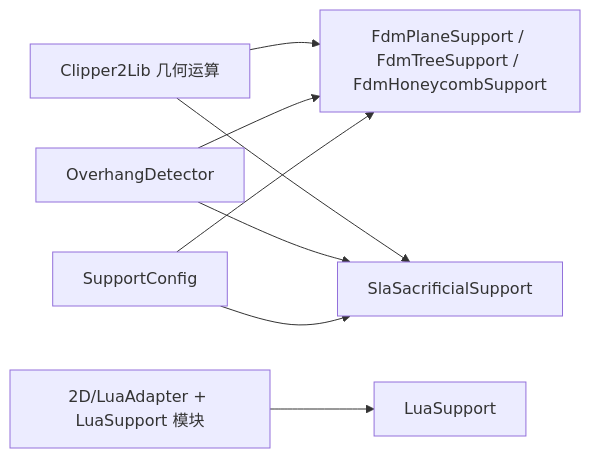
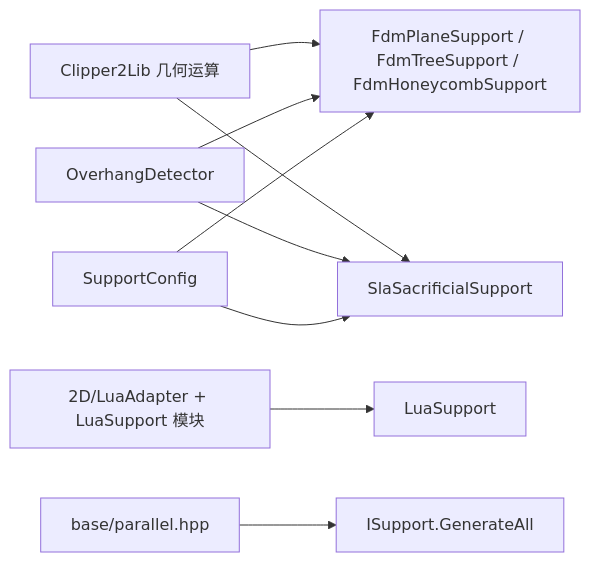
Before and after one commit to hsmbanlance/HsBaSlicer: diagram 11 of 11 in .qoder/repowiki/zh/content/核心模块详解/支撑生成 (Support Generation)/支撑生成 (Support Generation).md, drawn with Mermaid. The commit also changed other lines of this file and 365 other files, not shown here.

````diff
--- a/.qoder/repowiki/zh/content/核心模块详解/支撑生成 (Support Generation)/支撑生成 (Support Generation).md
+++ b/.qoder/repowiki/zh/content/核心模块详解/支撑生成 (Support Generation)/支撑生成 (Support Generation).md
@@ -373,10 +434,11 @@
 ```mermaid
 graph LR
 Clipper["Clipper2Lib 几何运算"] --> FDM["FdmPlaneSupport / FdmTreeSupport / FdmHoneycombSupport"]
 Clipper --> SLA["SlaSacrificialSupport"]
 OD["OverhangDetector"] --> FDM
 OD --> SLA
 CFG["SupportConfig"] --> FDM
 CFG --> SLA
 LuaAdp["2D/LuaAdapter + LuaSupport 模块"] --> LuaSup["LuaSupport"]
+Parallel["base/parallel.hpp"] --> IS["ISupport.GenerateAll"]
 ```
````
